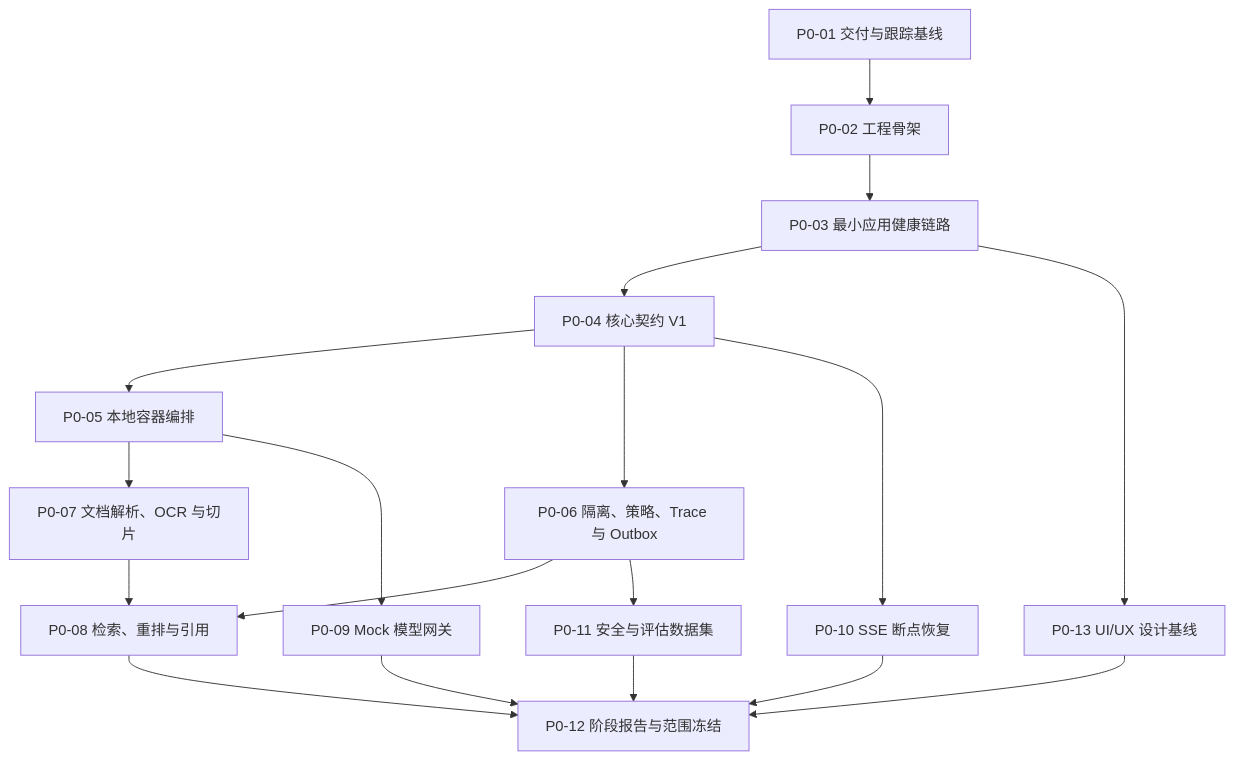
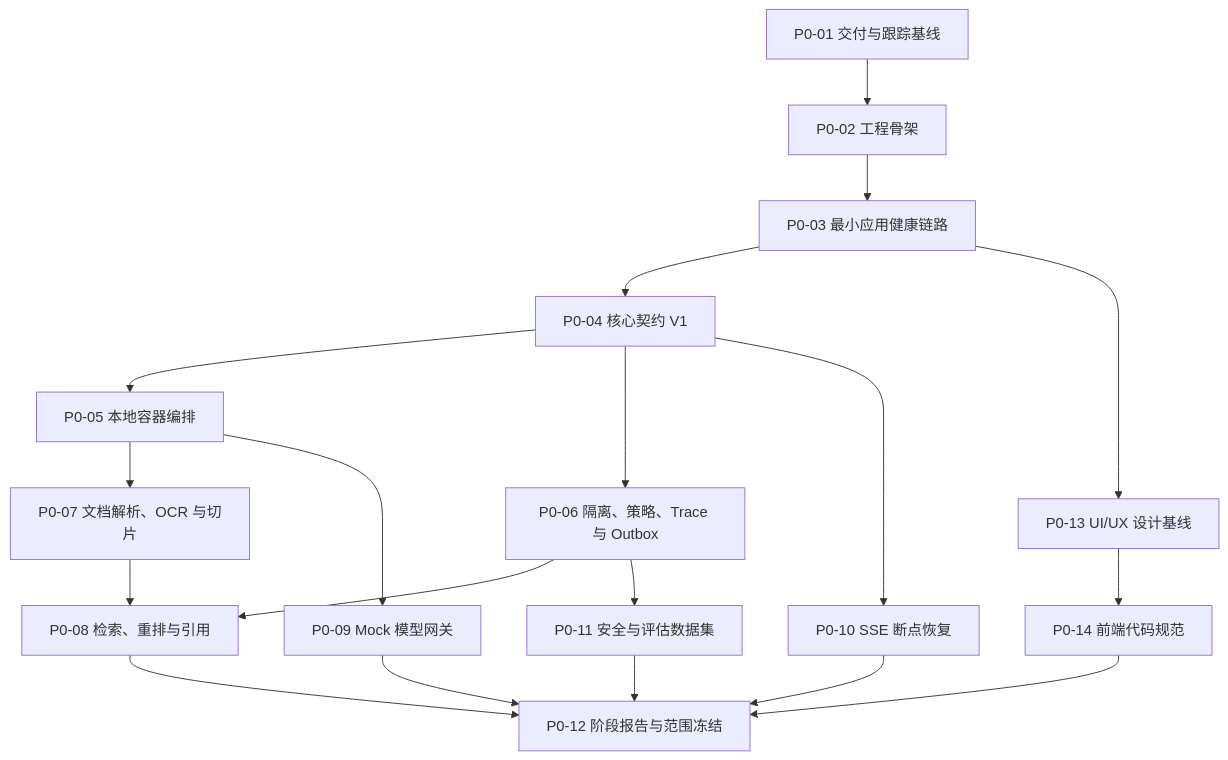
Before and after one commit to chengit16/AI: the diagram in docs/stages/stage-0-plan.md, drawn with Mermaid. The commit also changed other lines of this file and 6 other files, not shown here.

````diff
--- a/docs/stages/stage-0-plan.md
+++ b/docs/stages/stage-0-plan.md
@@ -9,20 +9,21 @@
 ```mermaid
 flowchart TD
     P001["P0-01 交付与跟踪基线"] --> P002["P0-02 工程骨架"]
     P002 --> P003["P0-03 最小应用健康链路"]
     P003 --> P004["P0-04 核心契约 V1"]
     P004 --> P005["P0-05 本地容器编排"]
     P004 --> P006["P0-06 隔离、策略、Trace 与 Outbox"]
     P005 --> P007["P0-07 文档解析、OCR 与切片"]
     P006 --> P008["P0-08 检索、重排与引用"]
     P007 --> P008
     P005 --> P009["P0-09 Mock 模型网关"]
     P004 --> P010["P0-10 SSE 断点恢复"]
     P006 --> P011["P0-11 安全与评估数据集"]
     P008 --> P012["P0-12 阶段报告与范围冻结"]
     P003 --> P013["P0-13 UI/UX 设计基线"]
-    P013 --> P012
+    P013 --> P014["P0-14 前端代码规范"]
+    P014 --> P012
     P009 --> P012
     P010 --> P012
     P011 --> P012
 ```
````
